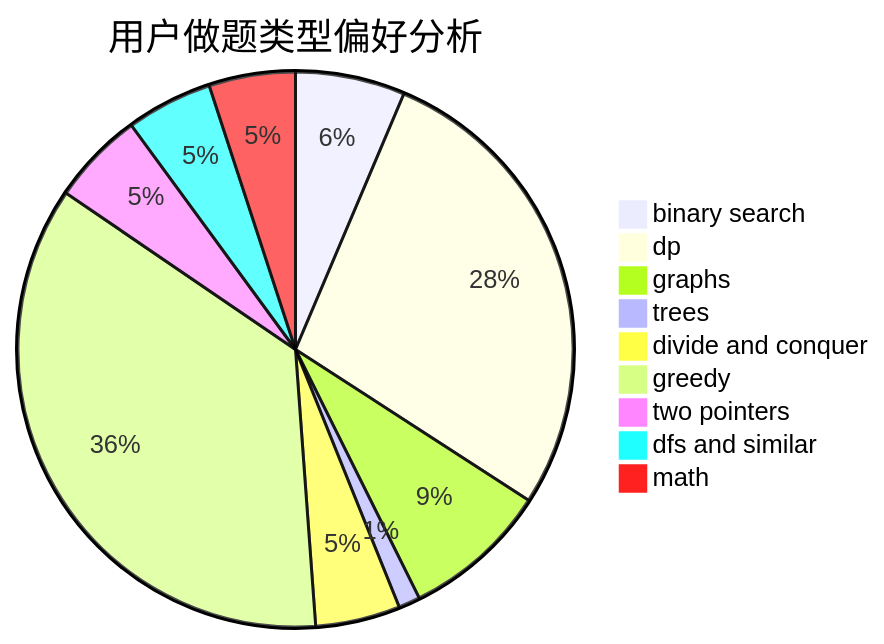
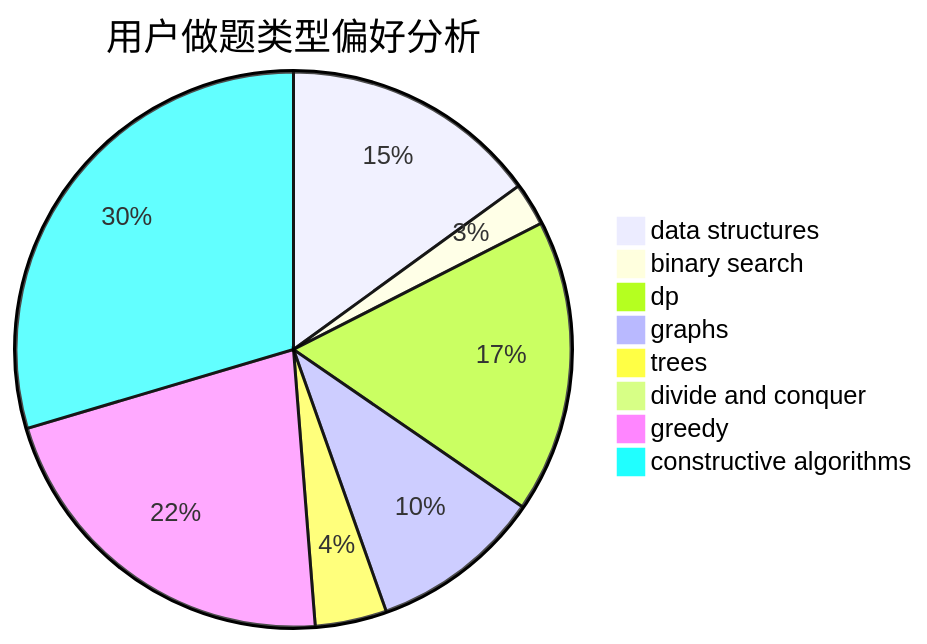
One commit to sherpahu/cfrs.github.io changed the second of 3 diagrams in docs/user/u1356.md. Above: the diagram before and after it, drawn with Mermaid. The commit also changed other lines of this file and 2775 other files, not shown here.

````diff
--- a/docs/user/u1356.md
+++ b/docs/user/u1356.md
@@ -23,12 +23,11 @@
 ```mermaid
 pie title 用户做题类型偏好分析
-    "binary search" :  66
-    "dp" :  287
-    "graphs" :  88
-    "trees" :  13
-    "divide and conquer" :  51
-    "greedy" :  369
-    "two pointers" :  56
-    "dfs and similar" :  52
-    "math" :  52
+    "data structures" :  36
+    "binary search" :  6
+    "dp" :  41
+    "graphs" :  24
+    "trees" :  10
+    "divide and conquer" :  0
+    "greedy" :  52
+    "constructive algorithms" :  71
 ```
````
